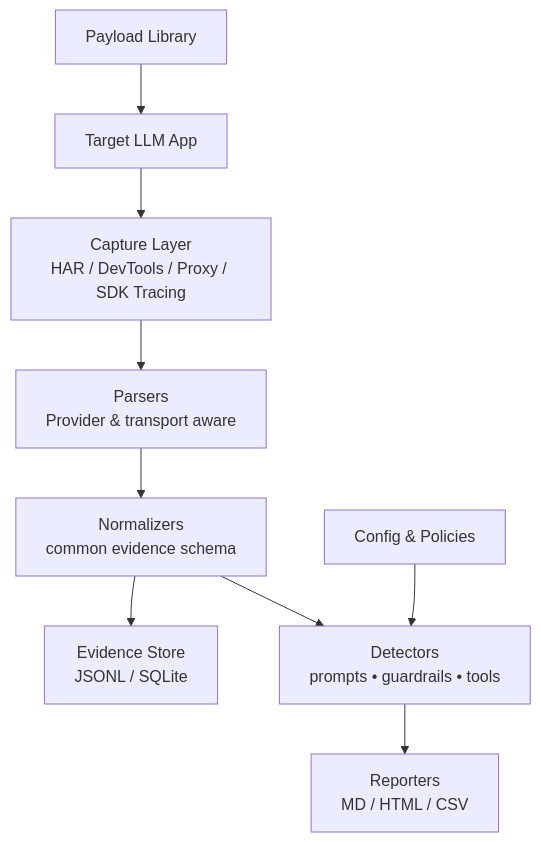
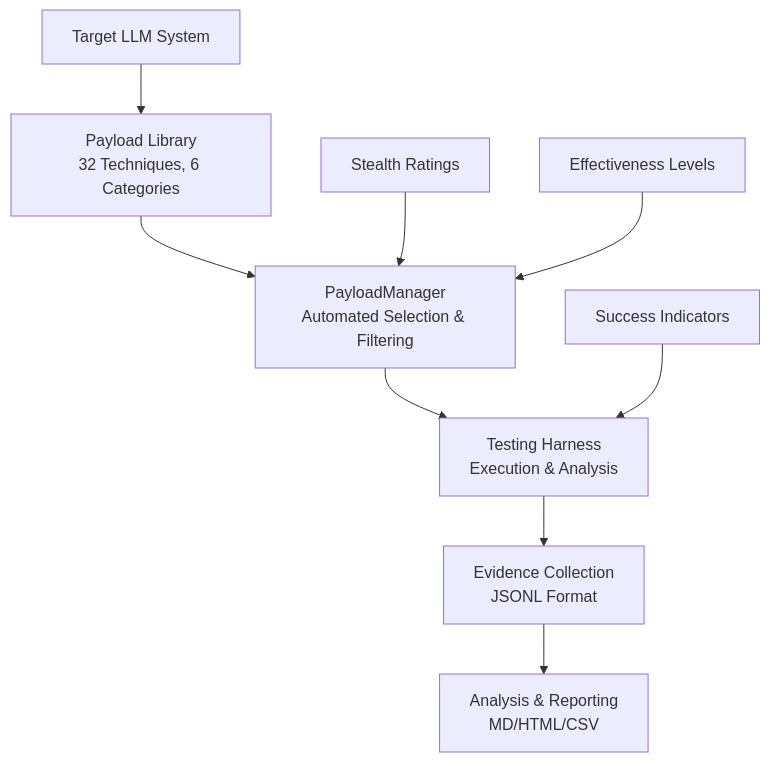
One commit to SimplyAISolution/PromptForensics changed the diagram in README.md. Above: the diagram before and after it, drawn with Mermaid. The commit also changed other lines of this file and 28 other files, not shown here.

````diff
--- a/README.md
+++ b/README.md
@@ -66,11 +94,12 @@
 ```mermaid
 flowchart TD
-  A[Target LLM App] --> B[Capture Layer<br/>HAR / DevTools / Proxy / SDK Tracing]
-  B --> C[Parsers<br/>Provider & transport aware]
-  C --> D[Normalizers<br/>common evidence schema]
-  D --> E[Evidence Store<br/>JSONL / SQLite]
-  D --> G[Detectors<br/>prompts • guardrails • tools]
-  G --> F[Reporters<br/>MD / HTML / CSV]
-  H[Payload Library] --> A
-  I[Config & Policies] --> G
+    A[Target LLM System] --> B[Payload Library<br/>32 Techniques, 6 Categories]
+    B --> C[PayloadManager<br/>Automated Selection & Filtering]
+    C --> D[Testing Harness<br/>Execution & Analysis]
+    D --> E[Evidence Collection<br/>JSONL Format]
+    E --> F[Analysis & Reporting<br/>MD/HTML/CSV]
+    
+    G[Stealth Ratings] --> C
+    H[Success Indicators] --> D
+    I[Effectiveness Levels] --> C
 ```
````
